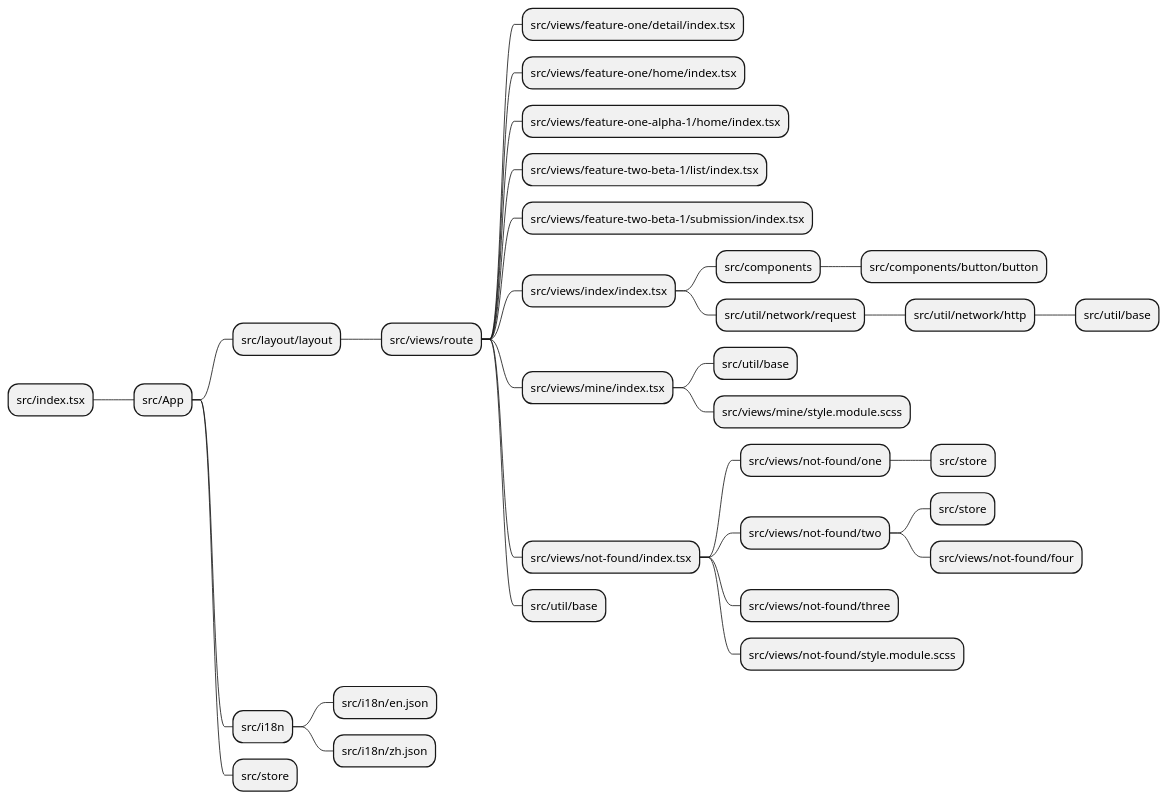
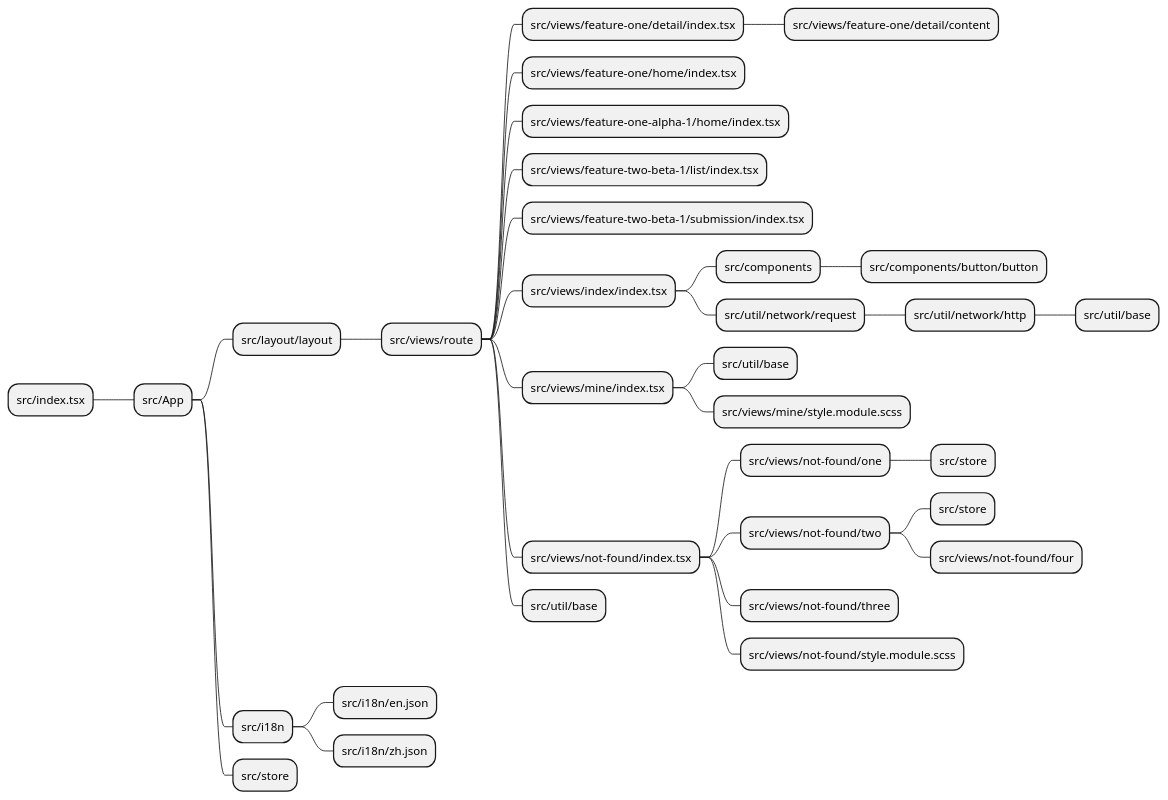
The diagram in scripts/module-graph.wsd (lesterlong007/react-web), drawn with PlantUML before and after one commit. The commit also changed 20 other files, not shown here.

```diff
--- a/scripts/module-graph.wsd
+++ b/scripts/module-graph.wsd
@@ -1,33 +1,34 @@
 @startmindmap Module Graph
 * src/index.tsx
 ** src/App
 *** src/layout/layout
 **** src/views/route
 ***** src/views/feature-one/detail/index.tsx
+****** src/views/feature-one/detail/content
 ***** src/views/feature-one/home/index.tsx
 ***** src/views/feature-one-alpha-1/home/index.tsx
 ***** src/views/feature-two-beta-1/list/index.tsx
 ***** src/views/feature-two-beta-1/submission/index.tsx
 ***** src/views/index/index.tsx
 ****** src/components
 ******* src/components/button/button
 ****** src/util/network/request
 ******* src/util/network/http
 ******** src/util/base
 ***** src/views/mine/index.tsx
 ****** src/util/base
 ****** src/views/mine/style.module.scss
 ***** src/views/not-found/index.tsx
 ****** src/views/not-found/one
 ******* src/store
 ****** src/views/not-found/two
 ******* src/store
 ******* src/views/not-found/four
 ****** src/views/not-found/three
 ****** src/views/not-found/style.module.scss
 ***** src/util/base
 *** src/i18n
 **** src/i18n/en.json
 **** src/i18n/zh.json
 *** src/store
 @endmindmap
```
